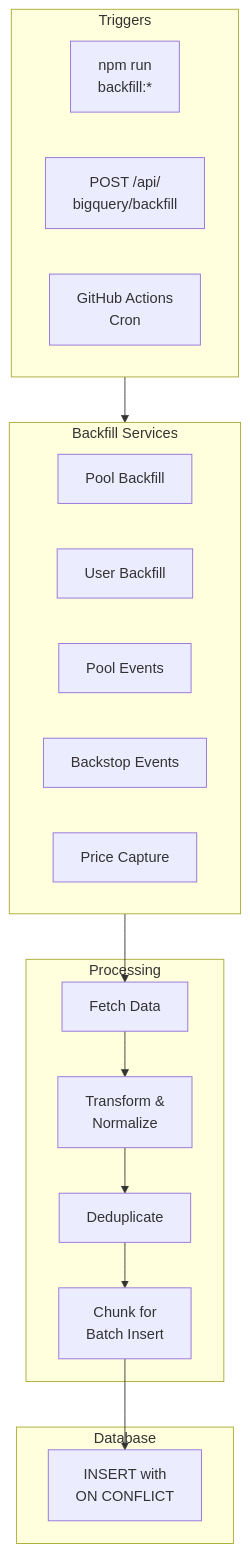
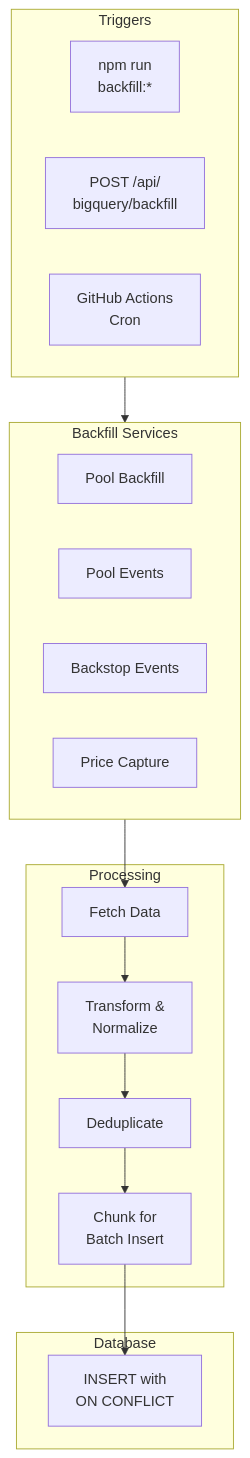
Before and after one commit to brunomlr/blend-indexer: the third of 7 diagrams in README.md, drawn with Mermaid. The commit also changed other lines of this file, not shown here.

Commit message:
refactor: remove user positions references from documentation and diagrams

````diff
--- a/README.md
+++ b/README.md
@@ -382,34 +374,33 @@
 ```mermaid
 flowchart TB
     subgraph Triggers["Triggers"]
         SCRIPT["npm run<br/>backfill:*"]
         API["POST /api/<br/>bigquery/backfill"]
         CRON["GitHub Actions<br/>Cron"]
     end
 
     subgraph Services["Backfill Services"]
         PB["Pool Backfill"]
-        UB["User Backfill"]
         AB["Pool Events"]
         BB["Backstop Events"]
         PC["Price Capture"]
     end
 
     subgraph Process["Processing"]
         FETCH["Fetch Data"]
         TRANSFORM["Transform &<br/>Normalize"]
         DEDUPE["Deduplicate"]
         CHUNK["Chunk for<br/>Batch Insert"]
     end
 
     subgraph DB["Database"]
         INSERT["INSERT with<br/>ON CONFLICT"]
     end
 
     Triggers --> Services
     Services --> FETCH
     FETCH --> TRANSFORM
     TRANSFORM --> DEDUPE
     DEDUPE --> CHUNK
     CHUNK --> INSERT
 ```
````
